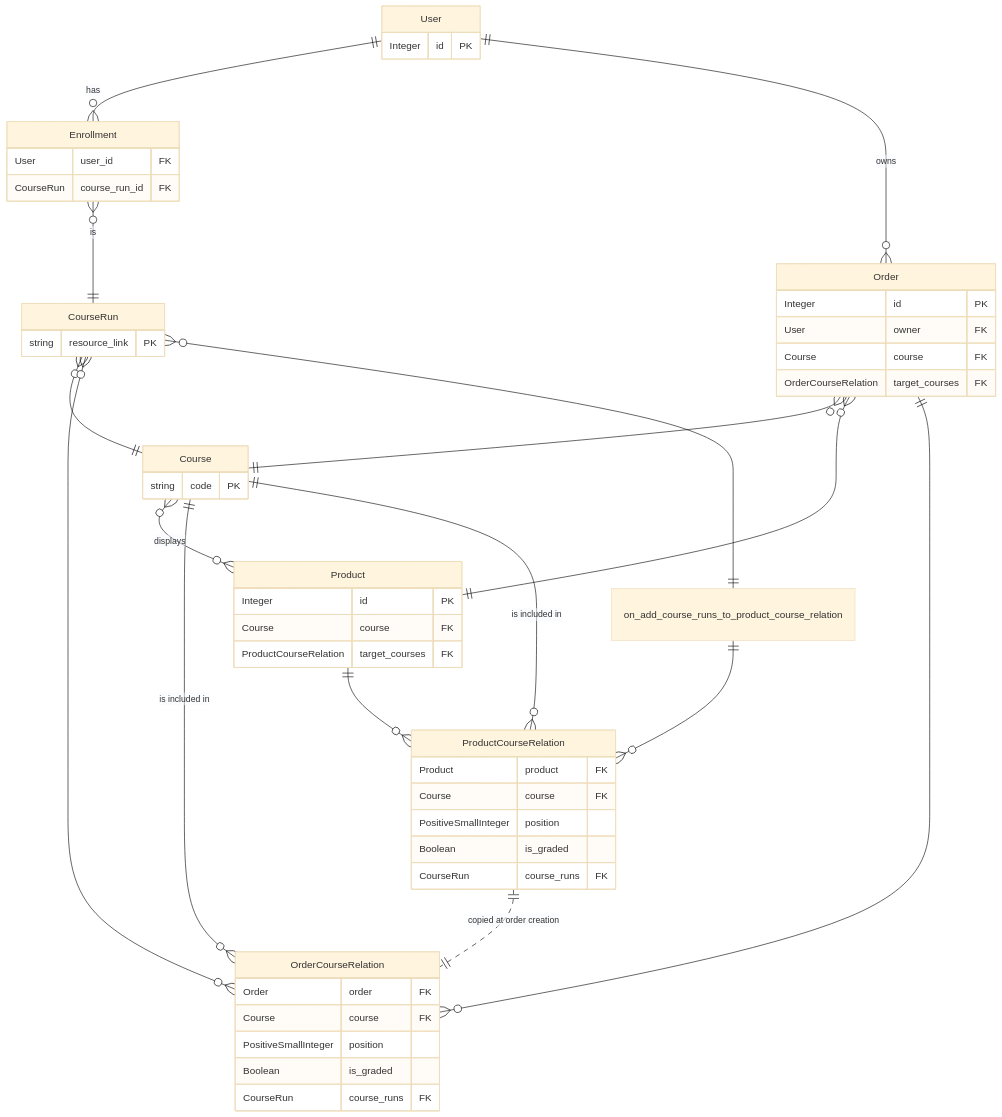
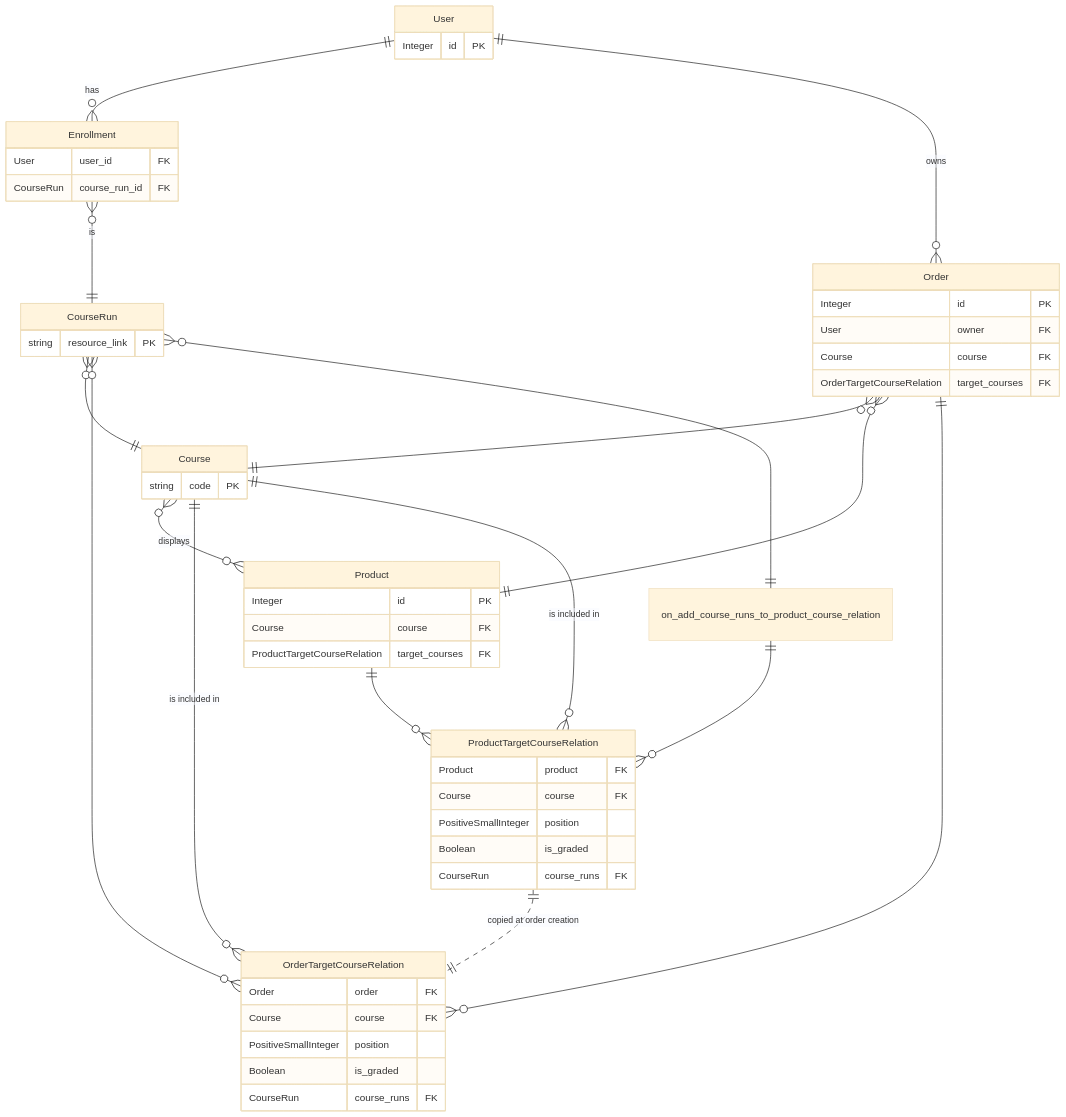
One commit to openfun/joanie changed the first of 3 diagrams in docs/reference/models.md. Above: the diagram before and after it, drawn with Mermaid (base theme). The commit also changed other lines of this file and 18 other files, not shown here.

First line of the commit message:
✨(back) create equivalent course run for a product

````diff
--- a/docs/reference/models.md
+++ b/docs/reference/models.md
@@ -9,69 +9,69 @@
 ```mermaid
 erDiagram
 
     %% Models
         User {
             Integer id PK
         }        
         Enrollment {
             User user_id FK
             CourseRun course_run_id FK
         }
         Order {
             Integer id PK
             User owner FK
             Course course FK
-            OrderCourseRelation target_courses FK
+            OrderTargetCourseRelation target_courses FK
         }
         CourseRun {
             string resource_link PK
         }
         Course {
             string code PK 
         }
         Product {
             Integer id PK
             Course course FK
-            ProductCourseRelation target_courses FK
+            ProductTargetCourseRelation target_courses FK
         }
         
-        ProductCourseRelation {
+        ProductTargetCourseRelation {
             Product product FK
             Course course FK
             PositiveSmallInteger position
             Boolean is_graded
             CourseRun course_runs FK
         }
         
-        OrderCourseRelation {
+        OrderTargetCourseRelation {
             Order order FK
             Course course FK
             PositiveSmallInteger position
             Boolean is_graded
             CourseRun course_runs FK
         }
         
     
     %% Relations
         User ||--o{ Enrollment : "has"
         User ||--o{ Order: "owns"
         
         Enrollment }o--|| CourseRun : "is"
         
         Order }o--|| Course : ""
         Order }o--|| Product : ""
-        Order ||--o{ OrderCourseRelation : ""
+        Order ||--o{ OrderTargetCourseRelation : ""
         
         CourseRun }o--|| Course : ""
-        CourseRun }o--o{ OrderCourseRelation : "" 
+        CourseRun }o--o{ OrderTargetCourseRelation : "" 
         CourseRun }o--|| on_add_course_runs_to_product_course_relation : ""
-        on_add_course_runs_to_product_course_relation || -- o{ ProductCourseRelation : ""
+        on_add_course_runs_to_product_course_relation || -- o{ ProductTargetCourseRelation : ""
         
         Course }o--o{ Product : "displays"
-        Course ||--o{ OrderCourseRelation : "is included in"
-        Course ||--o{ ProductCourseRelation : "is included in"
+        Course ||--o{ OrderTargetCourseRelation : "is included in"
+        Course ||--o{ ProductTargetCourseRelation : "is included in"
         
-        Product ||--o{ ProductCourseRelation : ""
+        Product ||--o{ ProductTargetCourseRelation : ""
         
-        ProductCourseRelation ||..|| OrderCourseRelation : "copied at order creation"
+        ProductTargetCourseRelation ||..|| OrderTargetCourseRelation : "copied at order creation"
 ```
````
